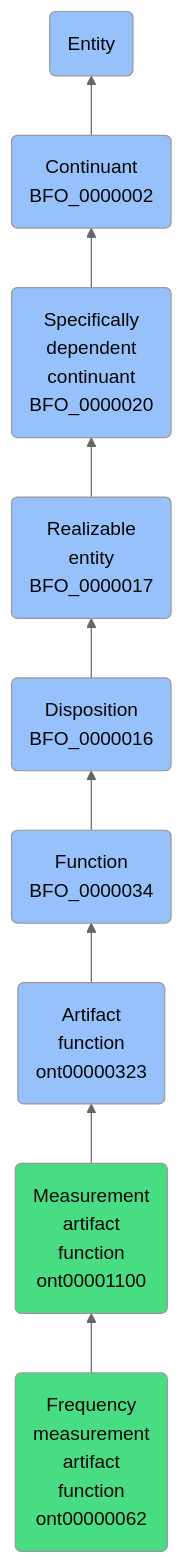
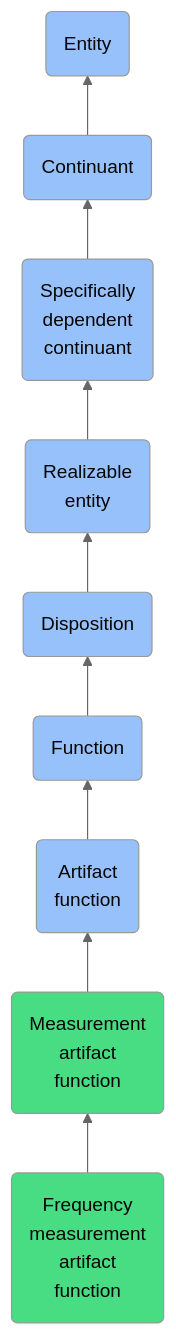
One commit to jupyter-naas/abi changed the diagram in docs/ontology/reference/model/Entity/Continuant/Specifically dependent continuant/Realizable entity/Disposition/Function/Artifact function/Measurement artifact function/Frequency measurement artifact function/Frequency measurement artifact function.md. Above: the diagram before and after it, drawn with Mermaid (neutral theme). The commit also changed other lines of this file and 1430 other files, not shown here.

````diff
--- a/docs/ontology/reference/model/Entity/Continuant/Specifically dependent continuant/Realizable entity/Disposition/Function/Artifact function/Measurement artifact function/Frequency measurement artifact function/Frequency measurement artifact function.md
+++ b/docs/ontology/reference/model/Entity/Continuant/Specifically dependent continuant/Realizable entity/Disposition/Function/Artifact function/Measurement artifact function/Frequency measurement artifact function/Frequency measurement artifact function.md
@@ -24,16 +24,16 @@
 ```mermaid
 graph BT
-    ont00000062(Frequency<br>measurement<br>artifact<br>function<br>ont00000062):::ABI-->ont00001100
-    ont00001100(Measurement<br>artifact<br>function<br>ont00001100):::ABI-->ont00000323
-    ont00000323(Artifact<br>function<br>ont00000323):::BFO-->BFO_0000034
-    BFO_0000034(Function<br>BFO_0000034):::BFO-->BFO_0000016
-    BFO_0000016(Disposition<br>BFO_0000016):::BFO-->BFO_0000017
-    BFO_0000017(Realizable<br>entity<br>BFO_0000017):::BFO-->BFO_0000020
-    BFO_0000020(Specifically<br>dependent<br>continuant<br>BFO_0000020):::BFO-->BFO_0000002
-    BFO_0000002(Continuant<br>BFO_0000002):::BFO-->BFO_0000001
+    ont00000062(Frequency<br>measurement<br>artifact<br>function):::ABI-->ont00001100
+    ont00001100(Measurement<br>artifact<br>function):::ABI-->ont00000323
+    ont00000323(Artifact<br>function):::BFO-->BFO_0000034
+    BFO_0000034(Function):::BFO-->BFO_0000016
+    BFO_0000016(Disposition):::BFO-->BFO_0000017
+    BFO_0000017(Realizable<br>entity):::BFO-->BFO_0000020
+    BFO_0000020(Specifically<br>dependent<br>continuant):::BFO-->BFO_0000002
+    BFO_0000002(Continuant):::BFO-->BFO_0000001
     BFO_0000001(Entity):::BFO
     
     classDef BFO fill:#97c1fb,color:#060606
     classDef CCO fill:#e4c51e,color:#060606
     classDef ABI fill:#48DD82,color:#060606
 ```
````
